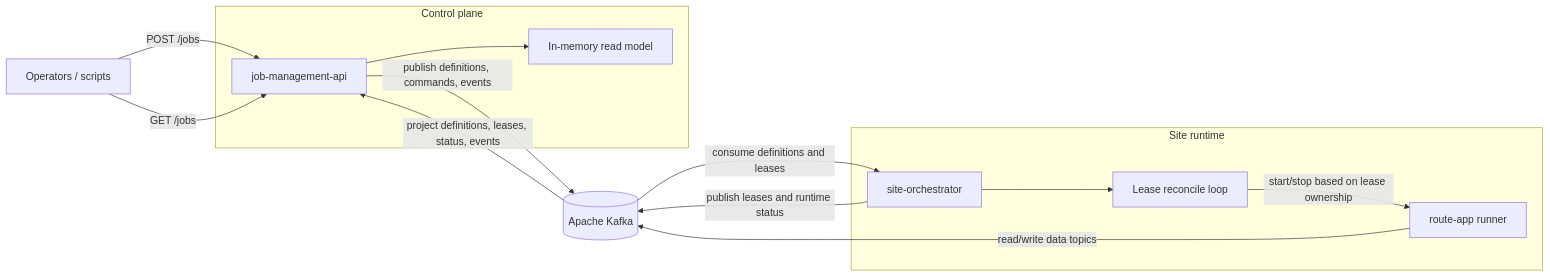
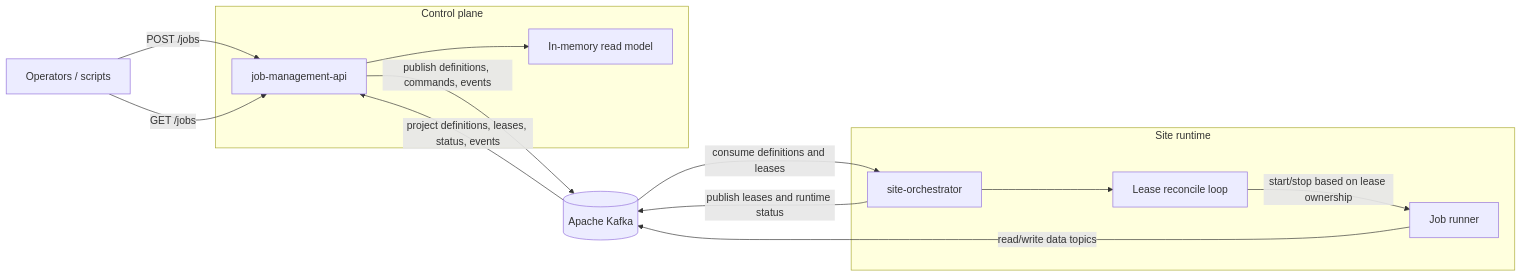
The first of 2 diagrams in README.md (guillebot/streammux), drawn with Mermaid before and after one commit. The commit also changed other lines of this file and 41 other files, not shown here.

````diff
--- a/README.md
+++ b/README.md
@@ -25,29 +25,29 @@
 ```mermaid
 flowchart LR
   Client[Operators / scripts]
   Kafka[(Apache Kafka)]
 
   subgraph ControlPlane[Control plane]
     API[job-management-api]
     APIStore[In-memory read model]
   end
 
   subgraph SiteRuntime[Site runtime]
     Orch[site-orchestrator]
     Lease[Lease reconcile loop]
-    Runner[route-app runner]
+    Runner[Job runner]
   end
 
   Client -->|POST /jobs| API
   Client -->|GET /jobs| API
 
   API -->|publish definitions, commands, events| Kafka
   Kafka -->|project definitions, leases, status, events| API
   API --> APIStore
 
   Kafka -->|consume definitions and leases| Orch
   Orch --> Lease
   Lease -->|start/stop based on lease ownership| Runner
   Runner -->|read/write data topics| Kafka
   Orch -->|publish leases and runtime status| Kafka
 ```
````
